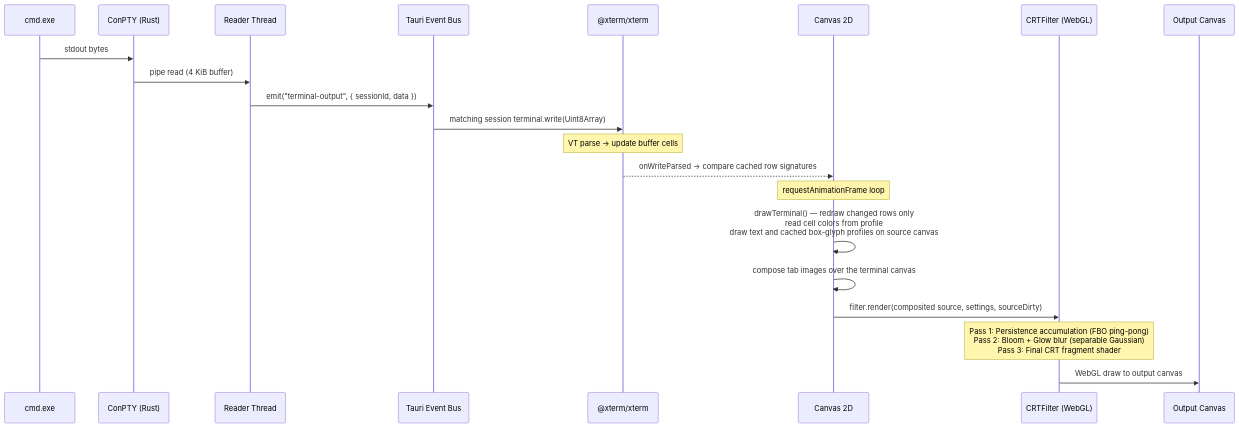
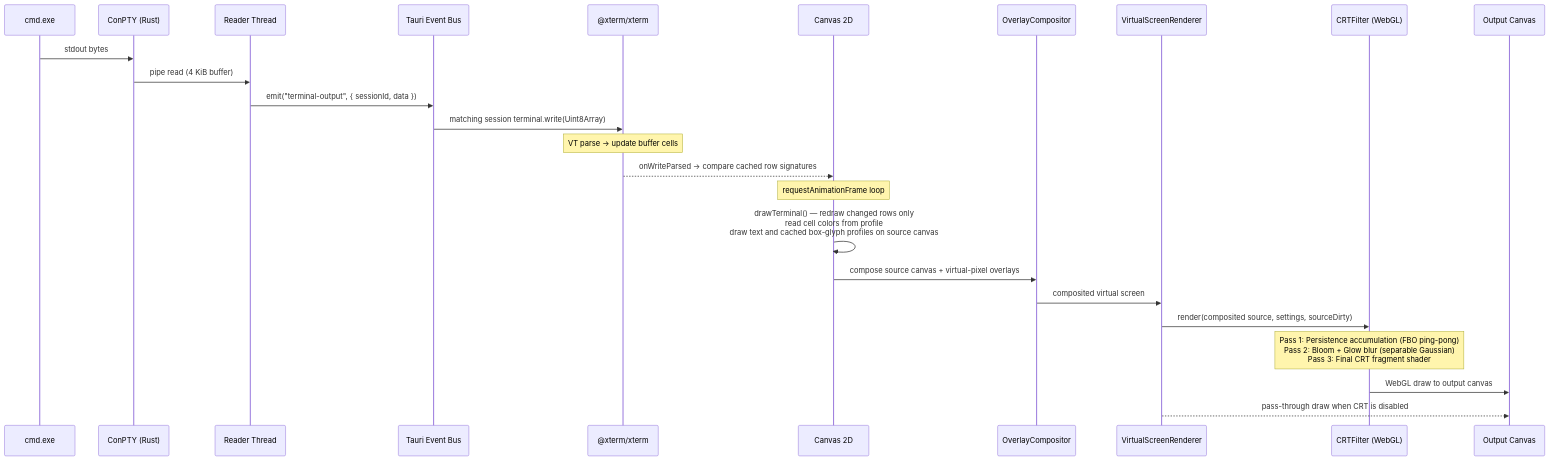
One commit to z-hunter/Scanline-Term changed the second of 6 diagrams in docs/02-architecture.md. Above: the diagram before and after it, drawn with Mermaid. The commit also changed other lines of this file and 14 other files, not shown here.

Commit message:
feat: consume Scanline Virtual Screen package

````diff
--- a/docs/02-architecture.md
+++ b/docs/02-architecture.md
@@ -120,24 +121,28 @@
 ```mermaid
 sequenceDiagram
     participant Shell as cmd.exe
     participant ConPTY as ConPTY (Rust)
     participant Reader as Reader Thread
     participant Tauri as Tauri Event Bus
     participant Xterm as @xterm/xterm
     participant Canvas as Canvas 2D
+    participant Overlay as OverlayCompositor
+    participant Screen as VirtualScreenRenderer
     participant CRT as CRTFilter (WebGL)
-    participant Screen as Output Canvas
+    participant Output as Output Canvas
 
     Shell->>ConPTY: stdout bytes
     ConPTY->>Reader: pipe read (4 KiB buffer)
     Reader->>Tauri: emit("terminal-output", { sessionId, data })
     Tauri->>Xterm: matching session terminal.write(Uint8Array)
     Note over Xterm: VT parse → update buffer cells
     Xterm-->>Canvas: onWriteParsed → compare cached row signatures
     Note over Canvas: requestAnimationFrame loop
     Canvas->>Canvas: drawTerminal() — redraw changed rows only<br/>read cell colors from profile<br/>draw text and cached box-glyph profiles on source canvas
-    Canvas->>Canvas: compose tab images over the terminal canvas
-    Canvas->>CRT: filter.render(composited source, settings, sourceDirty)
+    Canvas->>Overlay: compose source canvas + virtual-pixel overlays
+    Overlay->>Screen: composited virtual screen
+    Screen->>CRT: render(composited source, settings, sourceDirty)
     Note over CRT: Pass 1: Persistence accumulation (FBO ping-pong)<br/>Pass 2: Bloom + Glow blur (separable Gaussian)<br/>Pass 3: Final CRT fragment shader
-    CRT->>Screen: WebGL draw to output canvas
+    CRT->>Output: WebGL draw to output canvas
+    Screen-->>Output: pass-through draw when CRT is disabled
 ```
````
